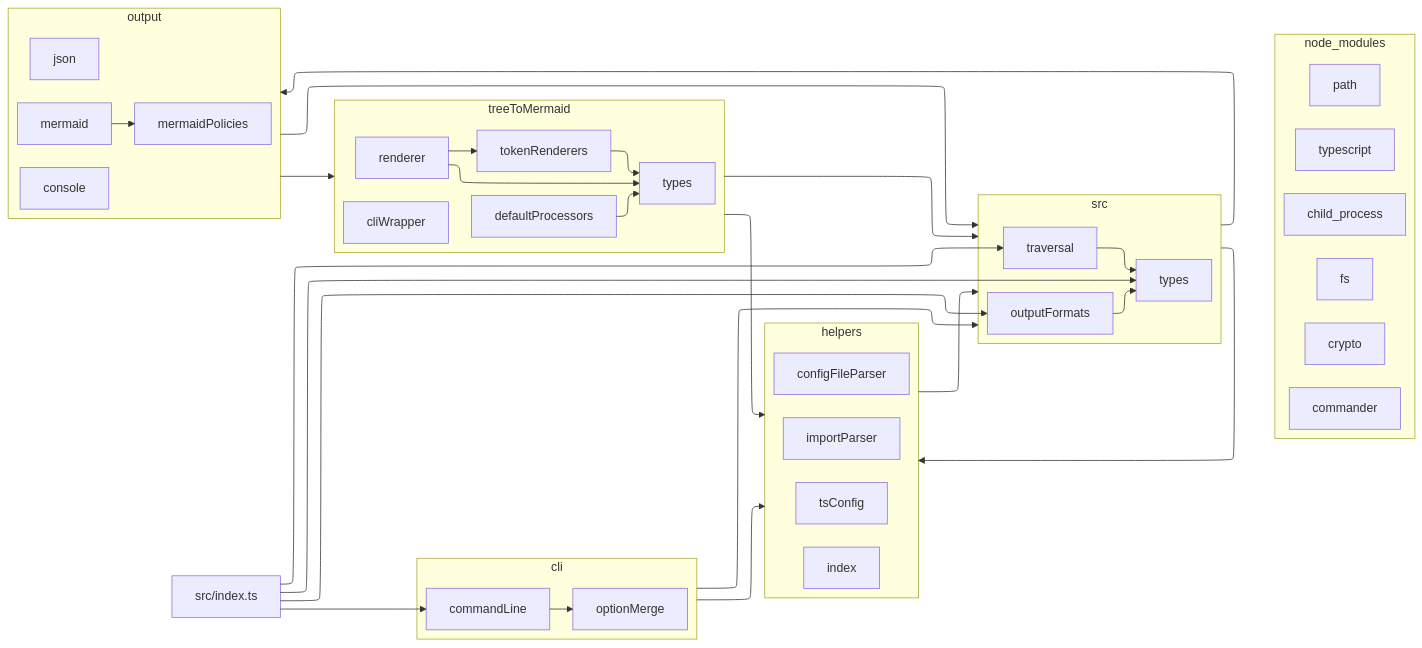
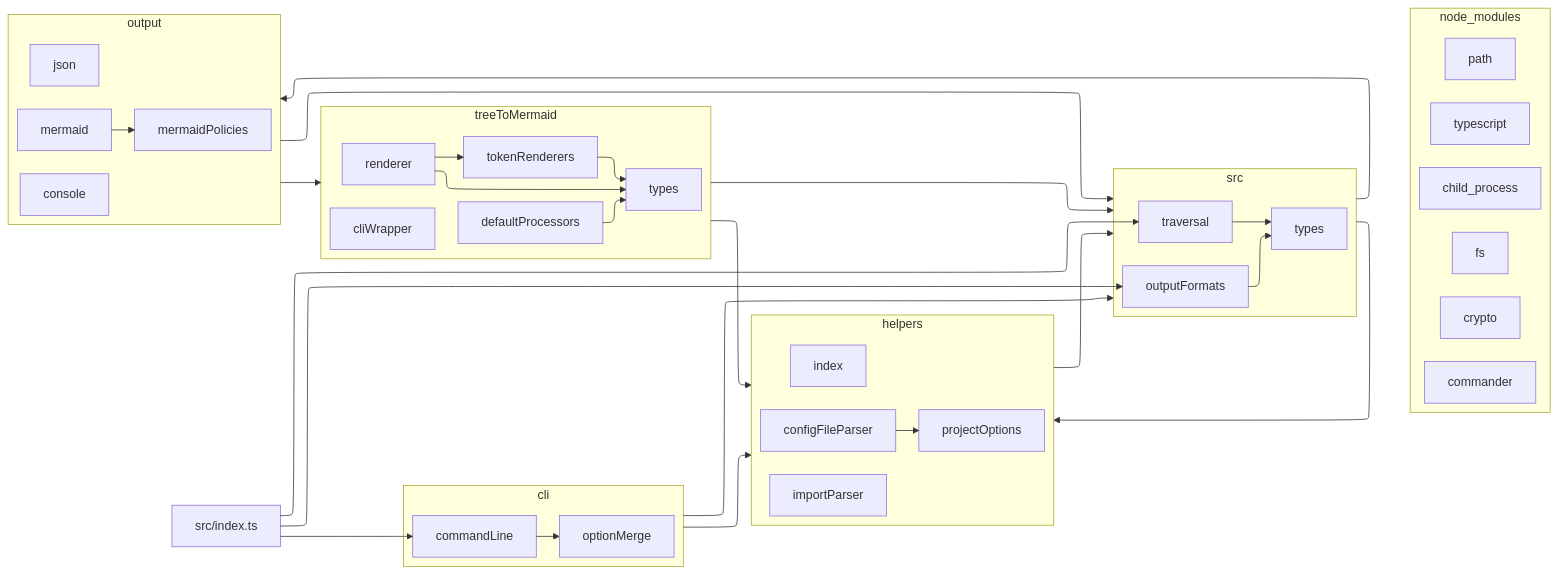
The diagram in docs/MermaidExample.md (Klemeesi/ts-insp), drawn with Mermaid before and after one commit. The commit also changed 8 other files, not shown here.

````diff
--- a/docs/MermaidExample.md
+++ b/docs/MermaidExample.md
@@ -1,72 +1,72 @@
 ```mermaid
 ---
 config:
   layout: elk
   theme: default
 ---
 graph LR
 root["src/index.ts"]
 subgraph src
 97436aa4caaa9fe6c1f7fbda54bea5c5["traversal"]
 152b731d9960fa8a94d223c73a70437c["types"]
 1fe092282d1f404a83c6dfaa449427eb["outputFormats"]
 end
 subgraph node_modules
 ee253c483834accc136016fd0cfda308["typescript"]
 bc7b36fe4d2924e49800d9b3dc4a325c["fs"]
 d6fe1d0be6347b8ef2427fa629c04485["path"]
 5ae9b7f211e23aac3df5f2b8f3b8eada["crypto"]
 590e227ecebc0951e8994717b1bc8669["commander"]
 6bdd121cf07238ae4acd0de370dd13bf["child_process"]
 end
 subgraph helpers
 89368ad2b907401c75ac83d0c8f51150["importParser"]
-333f22f566da67b693a352a010116a59["tsConfig"]
+351b0e6945d7a40a2f10c3f7099d2659["projectOptions"]
 3fb28eb5baf18d345d0ad93d7e341109["configFileParser"]
 ef9f86388078e0560db65509eefba48d["index"]
 end
 subgraph cli
 6eabf6036c1cd8aaca6f56d1c8fb63e0["commandLine"]
 e414dc75f5dcbe2827116d5050a8c6fa["optionMerge"]
 end
 subgraph output
 7029e3f6954c28b14ceaef910bc2c07b["console"]
 1cdc6bd921f66f50622b5c56a23a8d72["json"]
 3c9aeb9e1a663982bf18432623f081c0["mermaid"]
 02be73a92c1e73068fee3f6a5570552a["mermaidPolicies"]
 end
 subgraph treeToMermaid
 5fc5c7f77b9094999991e4a88935bbc8["renderer"]
 ba94a21f1b99f22bcbee495161be6017["tokenRenderers"]
 43b2c294408e9aca405ff8cc04120742["types"]
 a7c2c5aebf261da9ed0ec6111e63d2d3["defaultProcessors"]
 45fc45c3c3ddc9a6a05b8fa52cbd234c["cliWrapper"]
 end
 root root_97436aa4caaa9fe6c1f7fbda54bea5c5@--> 97436aa4caaa9fe6c1f7fbda54bea5c5
 src src_node_modules@~~~ node_modules
 97436aa4caaa9fe6c1f7fbda54bea5c5 97436aa4caaa9fe6c1f7fbda54bea5c5_152b731d9960fa8a94d223c73a70437c@--> 152b731d9960fa8a94d223c73a70437c
 src src_helpers@--> helpers
 helpers helpers_node_modules@~~~ node_modules
 helpers helpers_src@--> src
 root root_6eabf6036c1cd8aaca6f56d1c8fb63e0@--> 6eabf6036c1cd8aaca6f56d1c8fb63e0
 cli cli_node_modules@~~~ node_modules
 cli cli_src@--> src
 cli cli_helpers@--> helpers
+3fb28eb5baf18d345d0ad93d7e341109 3fb28eb5baf18d345d0ad93d7e341109_351b0e6945d7a40a2f10c3f7099d2659@--> 351b0e6945d7a40a2f10c3f7099d2659
 6eabf6036c1cd8aaca6f56d1c8fb63e0 6eabf6036c1cd8aaca6f56d1c8fb63e0_e414dc75f5dcbe2827116d5050a8c6fa@--> e414dc75f5dcbe2827116d5050a8c6fa
-root root_152b731d9960fa8a94d223c73a70437c@--> 152b731d9960fa8a94d223c73a70437c
 root root_1fe092282d1f404a83c6dfaa449427eb@--> 1fe092282d1f404a83c6dfaa449427eb
 1fe092282d1f404a83c6dfaa449427eb 1fe092282d1f404a83c6dfaa449427eb_152b731d9960fa8a94d223c73a70437c@--> 152b731d9960fa8a94d223c73a70437c
 src src_output@--> output
 output output_src@--> src
 output output_node_modules@~~~ node_modules
 output output_treeToMermaid@--> treeToMermaid
 treeToMermaid treeToMermaid_helpers@--> helpers
 5fc5c7f77b9094999991e4a88935bbc8 5fc5c7f77b9094999991e4a88935bbc8_ba94a21f1b99f22bcbee495161be6017@--> ba94a21f1b99f22bcbee495161be6017
 ba94a21f1b99f22bcbee495161be6017 ba94a21f1b99f22bcbee495161be6017_43b2c294408e9aca405ff8cc04120742@--> 43b2c294408e9aca405ff8cc04120742
 5fc5c7f77b9094999991e4a88935bbc8 5fc5c7f77b9094999991e4a88935bbc8_43b2c294408e9aca405ff8cc04120742@--> 43b2c294408e9aca405ff8cc04120742
 treeToMermaid treeToMermaid_src@--> src
 a7c2c5aebf261da9ed0ec6111e63d2d3 a7c2c5aebf261da9ed0ec6111e63d2d3_43b2c294408e9aca405ff8cc04120742@--> 43b2c294408e9aca405ff8cc04120742
 treeToMermaid treeToMermaid_node_modules@~~~ node_modules
 3c9aeb9e1a663982bf18432623f081c0 3c9aeb9e1a663982bf18432623f081c0_02be73a92c1e73068fee3f6a5570552a@--> 02be73a92c1e73068fee3f6a5570552a
 
 ```
````
